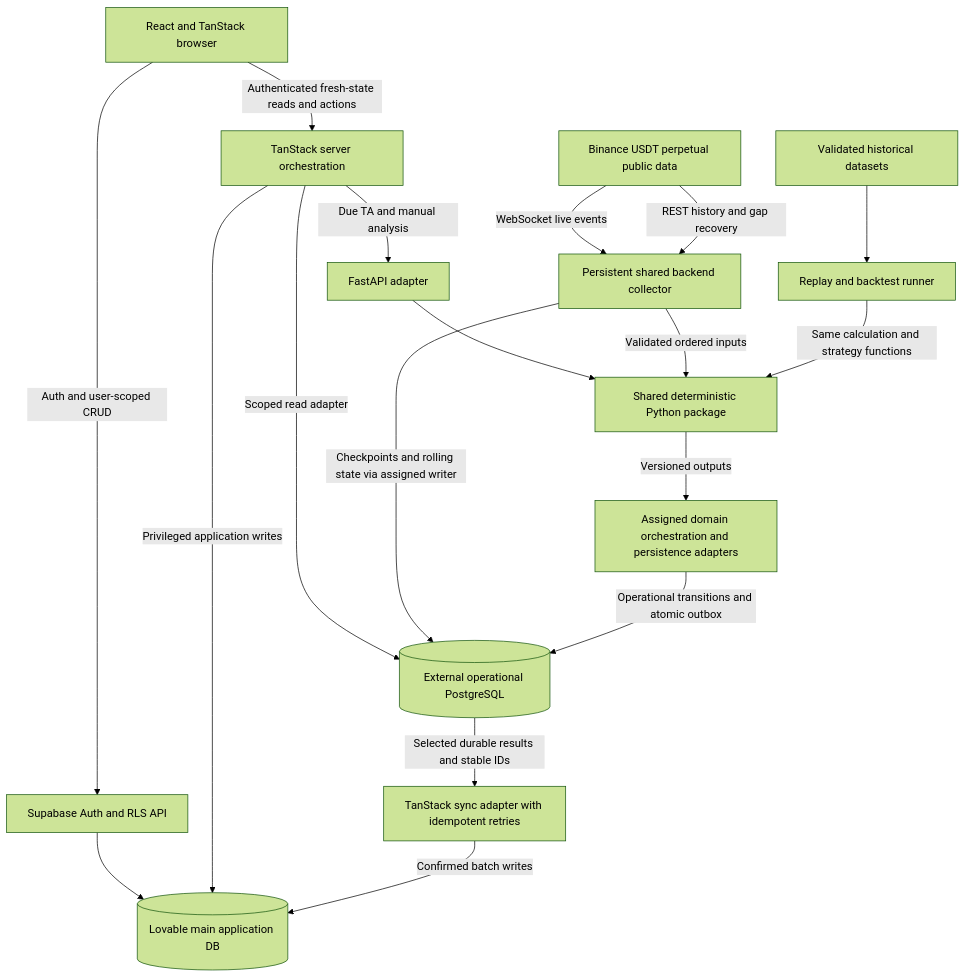
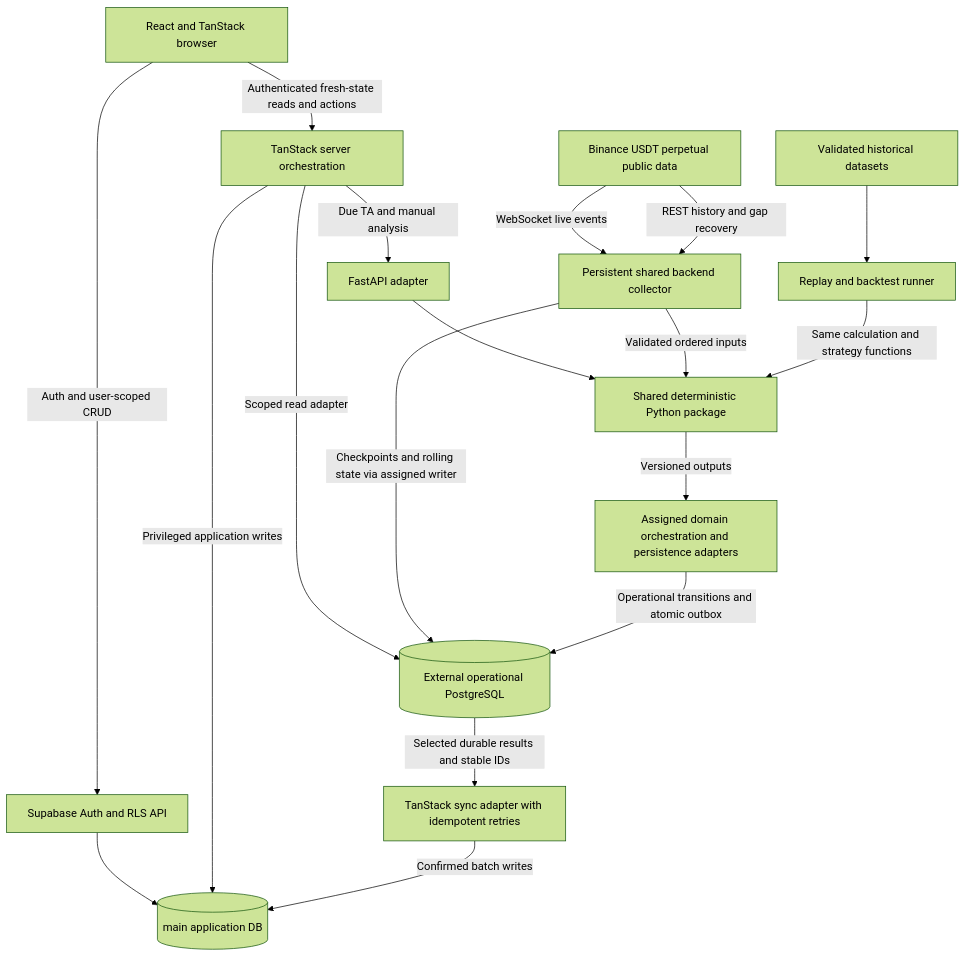
Before and after one commit to ibrahimjaved12/crypto-watcher: the second of 2 diagrams in docs/product-direction.md, drawn with Mermaid (forest theme). The commit also changed other lines of this file and 42 other files, not shown here.

````diff
--- a/docs/product-direction.md
+++ b/docs/product-direction.md
@@ -240,20 +240,20 @@
 ```mermaid
 flowchart TD
     Browser[React and TanStack browser] -->|Auth and user-scoped CRUD|Auth[Supabase Auth and RLS API]
-    Auth --> Lovable[(Lovable main application DB)]
+    Auth --> MainDB[(main application DB)]
     Browser -->|Authenticated fresh-state reads and actions|TS[TanStack server orchestration]
     TS -->|Scoped read adapter|External[(External operational PostgreSQL)]
-    TS -->|Privileged application writes|Lovable
+    TS -->|Privileged application writes|MainDB
     TS -->|Due TA and manual analysis|API[FastAPI adapter]
     API --> Core[Shared deterministic Python package]
     Futures[Binance USDT perpetual public data] -->|WebSocket live events|Collector[Persistent shared backend collector]
     Futures -->|REST history and gap recovery|Collector
     Collector -->|Validated ordered inputs|Core
     Collector -->|Checkpoints and rolling state via assigned writer|External
     Core -->|Versioned outputs|Owner[Assigned domain orchestration and persistence adapters]
     Owner -->|Operational transitions and atomic outbox|External
     External -->|Selected durable results and stable IDs|Sync[TanStack sync adapter with idempotent retries]
-    Sync -->|Confirmed batch writes|Lovable
+    Sync -->|Confirmed batch writes|MainDB
     History[Validated historical datasets] --> Replay[Replay and backtest runner]
     Replay -->|Same calculation and strategy functions|Core
 ```
````
